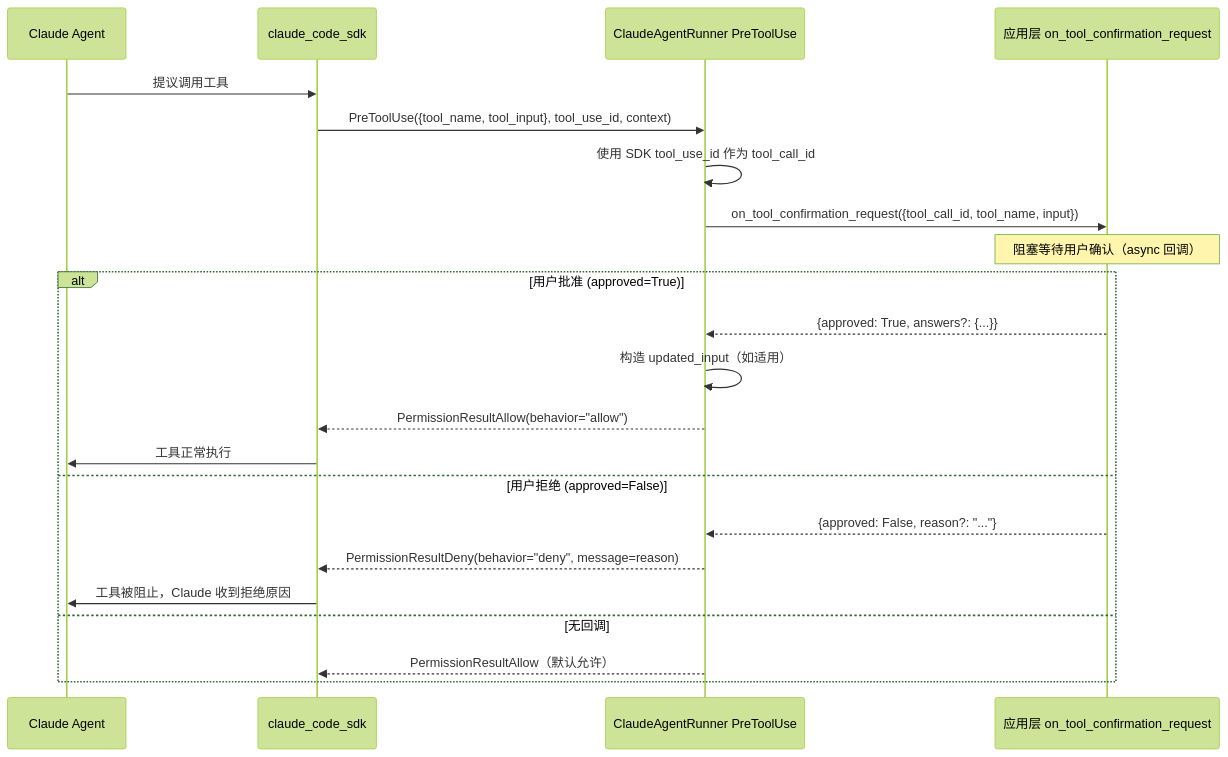
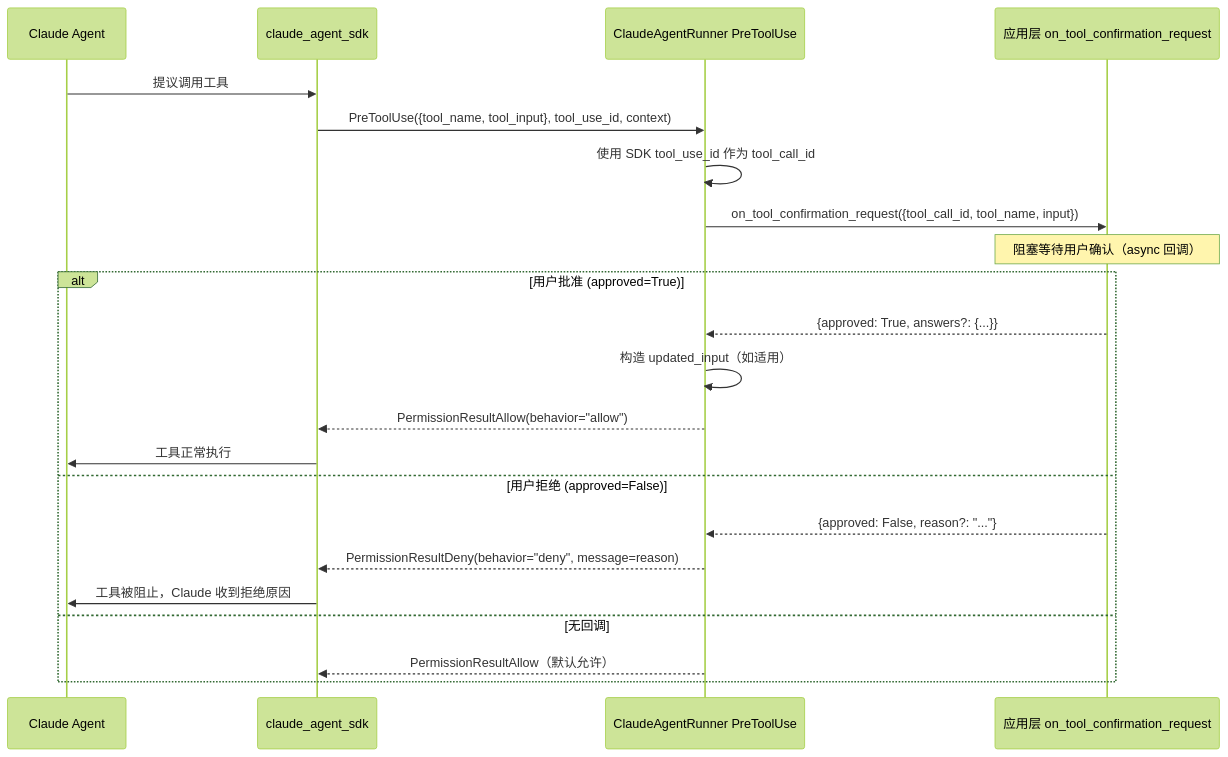
One commit to glide-the/im-dream changed the third of 4 diagrams in docs/design/claude-agent/claude-agent-runner-design.md. Above: the diagram before and after it, drawn with Mermaid (forest theme). The commit also changed other lines of this file and 61 other files, not shown here.

First line of the commit message:
fix: update references from claude-code-sdk to claude-agent-sdk in documentation and code comments

````diff
--- a/docs/design/claude-agent/claude-agent-runner-design.md
+++ b/docs/design/claude-agent/claude-agent-runner-design.md
@@ -187,27 +196,27 @@
 ```mermaid
 sequenceDiagram
     participant Claude as Claude Agent
-    participant SDK as claude_code_sdk
+    participant SDK as claude_agent_sdk
     participant Runner as ClaudeAgentRunner PreToolUse
     participant App as 应用层 on_tool_confirmation_request
 
     Claude->>SDK: 提议调用工具
     SDK->>Runner: PreToolUse({tool_name, tool_input}, tool_use_id, context)
     Runner->>Runner: 使用 SDK tool_use_id 作为 tool_call_id
     Runner->>App: on_tool_confirmation_request({tool_call_id, tool_name, input})
 
     Note over App: 阻塞等待用户确认（async 回调）
 
     alt 用户批准 (approved=True)
         App-->>Runner: {approved: True, answers?: {...}}
         Runner->>Runner: 构造 updated_input（如适用）
         Runner-->>SDK: PermissionResultAllow(behavior="allow")
         SDK->>Claude: 工具正常执行
     else 用户拒绝 (approved=False)
         App-->>Runner: {approved: False, reason?: "..."}
         Runner-->>SDK: PermissionResultDeny(behavior="deny", message=reason)
         SDK->>Claude: 工具被阻止，Claude 收到拒绝原因
     else 无回调
         Runner-->>SDK: PermissionResultAllow（默认允许）
     end
 ```
````
